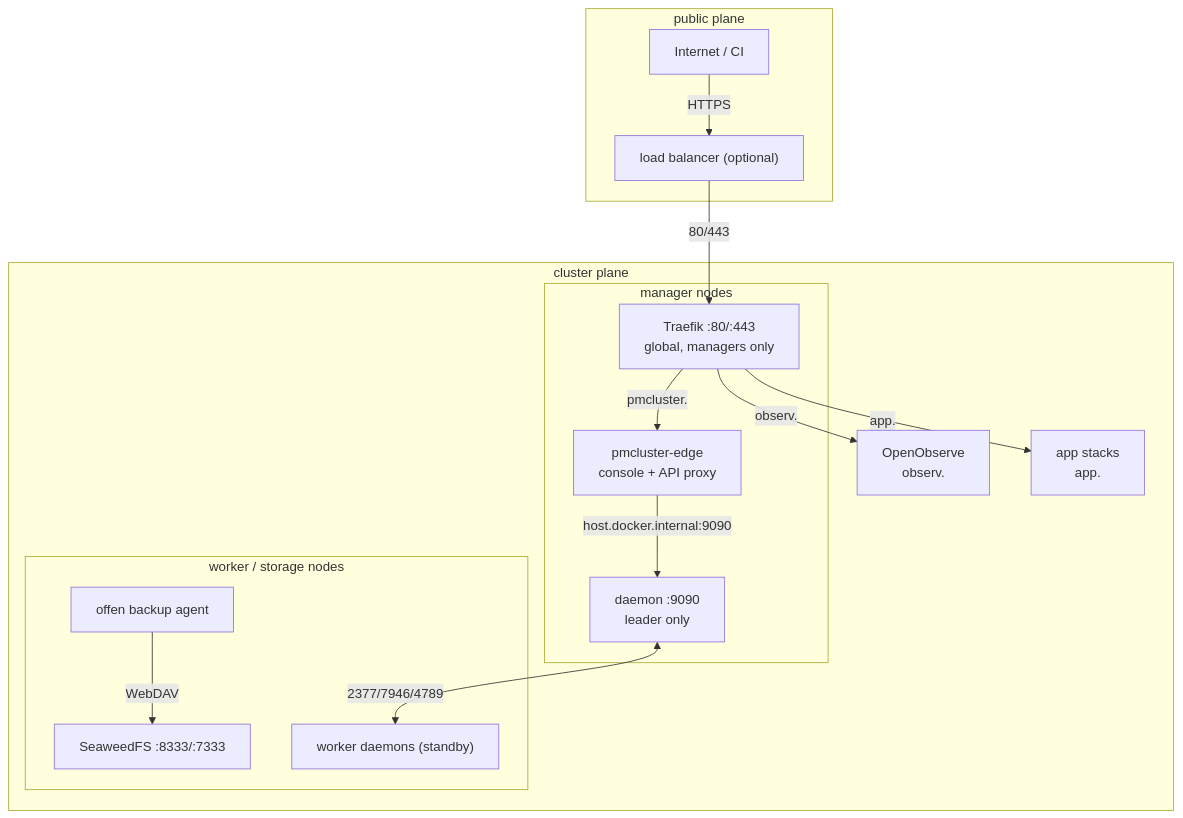
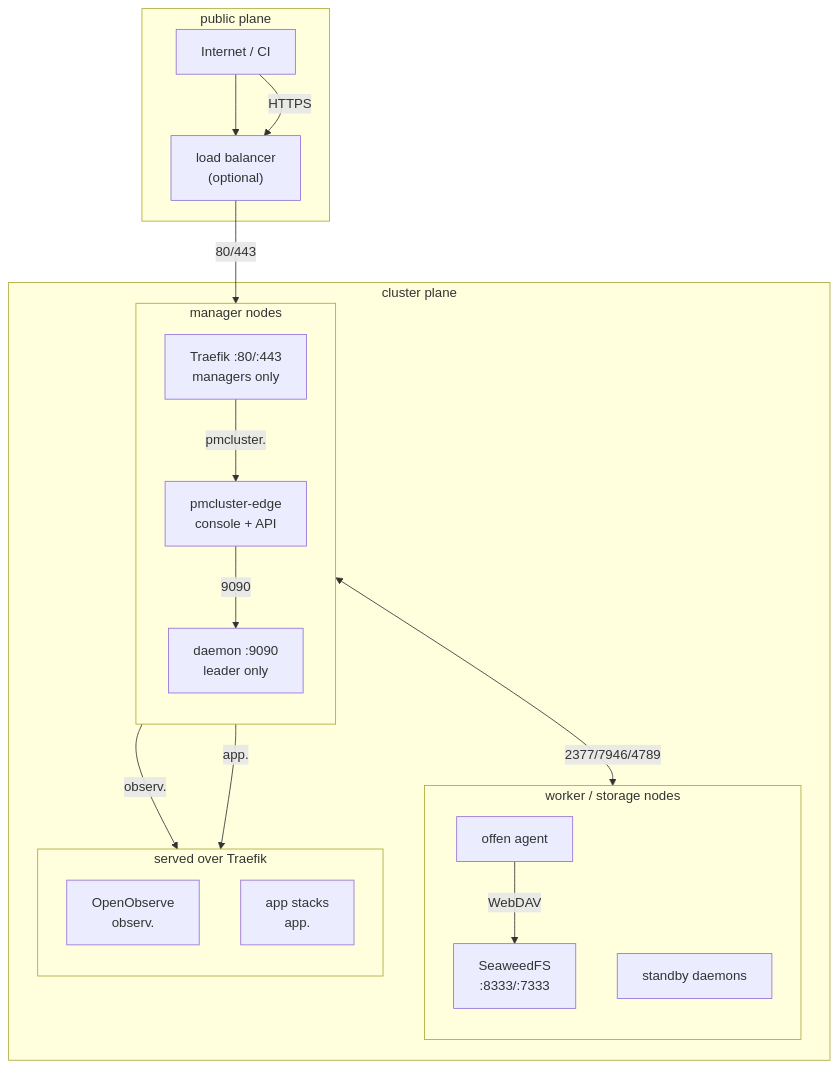
Before and after one commit to hazemarian/poor-man-cluster: the first of 11 diagrams in docs/whitepaper.md, drawn with Mermaid. The commit also changed other lines of this file and 3 other files, not shown here.

First line of the commit message:
docs: every diagram legible at GitHub's column width

````diff
--- a/docs/whitepaper.md
+++ b/docs/whitepaper.md
@@ -61,29 +61,33 @@
 ```mermaid
 flowchart TD
     subgraph PUB["public plane"]
-        NET["Internet / CI"]
-        LB["load balancer (optional)"]
+        NET["Internet / CI"] --> LB["load balancer<br/>(optional)"]
     end
     subgraph CLUS["cluster plane"]
         subgraph MG["manager nodes"]
-            TR["Traefik :80/:443<br/>global, managers only"]
-            ED["pmcluster-edge<br/>console + API proxy"]
+            direction TB
+            TR["Traefik :80/:443<br/>managers only"]
+            ED["pmcluster-edge<br/>console + API"]
             DM["daemon :9090<br/>leader only"]
         end
         subgraph WK["worker / storage nodes"]
-            AG["offen backup agent"]
-            SW["SeaweedFS :8333/:7333"]
-            W["worker daemons (standby)"]
+            direction TB
+            AG["offen agent"]
+            SW["SeaweedFS<br/>:8333/:7333"]
+            W["standby daemons"]
         end
-        OO["OpenObserve<br/>observ.<domain>"]
-        AP["app stacks<br/>app.<domain>"]
+        subgraph SRV["served over Traefik"]
+            direction TB
+            OO["OpenObserve<br/>observ.<domain>"]
+            AP["app stacks<br/>app.<domain>"]
+        end
     end
     NET -->|"HTTPS"| LB
     LB -->|"80/443"| TR
     TR -->|"pmcluster.<domain>"| ED
     TR -->|"observ.<domain>"| OO
     TR -->|"app.<domain>"| AP
-    ED -->|"host.docker.internal:9090"| DM
+    ED -->|"9090"| DM
     DM <-->|"2377/7946/4789"| W
     AG -->|"WebDAV"| SW
 ```
````
